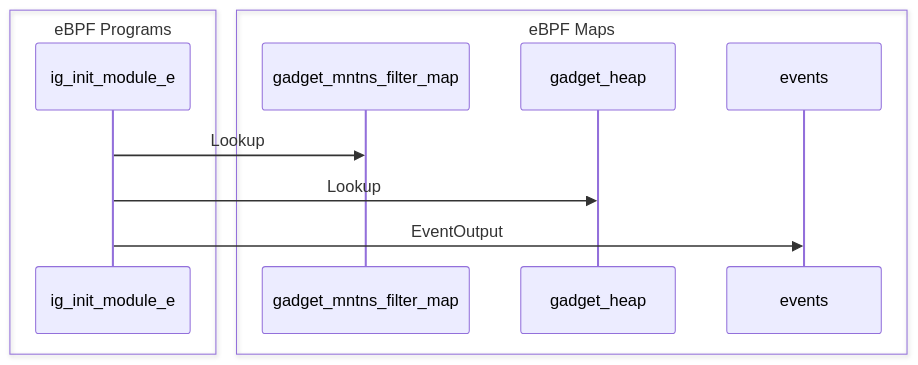
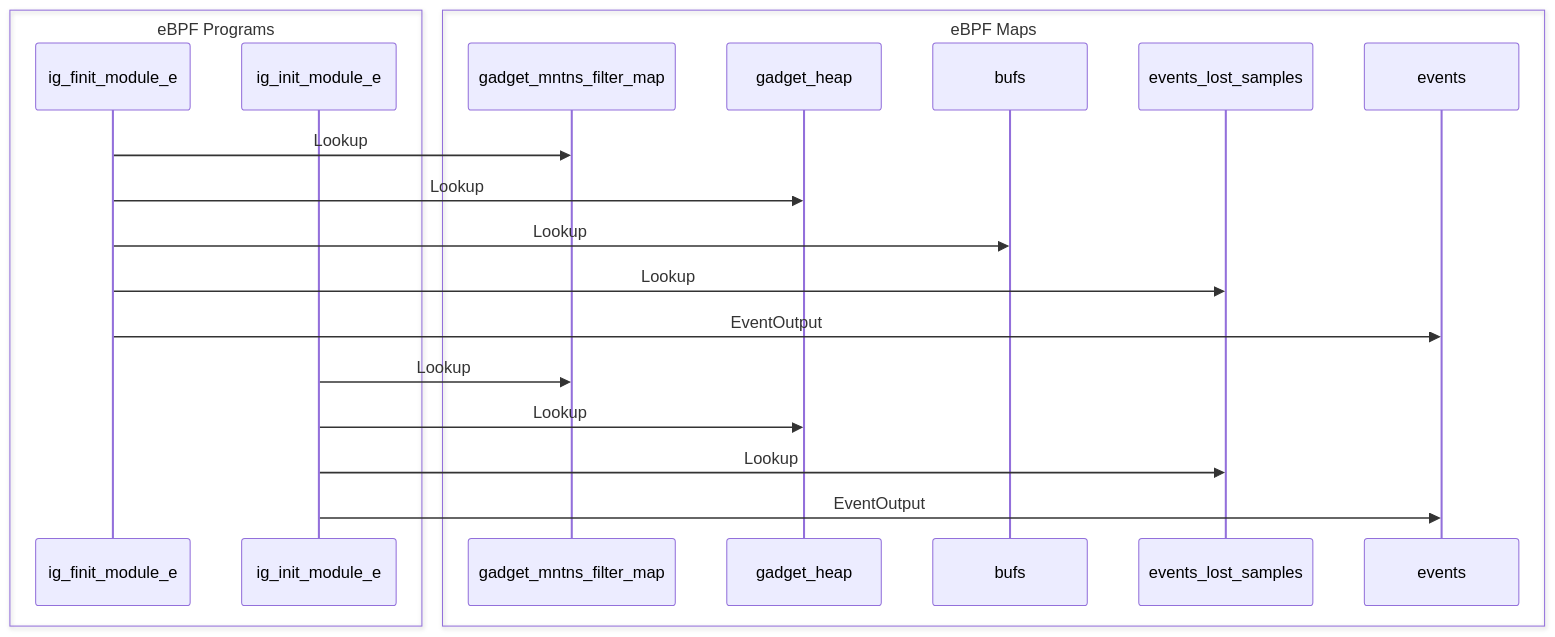
One commit to inspektor-gadget/inspektor-gadget changed the second of 2 diagrams in gadgets/trace_init_module/dev.md. Above: the diagram before and after it, drawn with Mermaid. The commit also changed other lines of this file and 5 other files, not shown here.

First line of the commit message:
gadgets: extend `trace_init_module` with finit_module syscall support (#5440)

````diff
--- a/gadgets/trace_init_module/dev.md
+++ b/gadgets/trace_init_module/dev.md
@@ -24,14 +33,23 @@
 ```mermaid
 sequenceDiagram
 box eBPF Programs
+participant ig_finit_module_e
 participant ig_init_module_e
 end
 box eBPF Maps
 participant gadget_mntns_filter_map
 participant gadget_heap
+participant bufs
+participant events_lost_samples
 participant events
 end
+ig_finit_module_e->>gadget_mntns_filter_map: Lookup
+ig_finit_module_e->>gadget_heap: Lookup
+ig_finit_module_e->>bufs: Lookup
+ig_finit_module_e->>events_lost_samples: Lookup
+ig_finit_module_e->>events: EventOutput
 ig_init_module_e->>gadget_mntns_filter_map: Lookup
 ig_init_module_e->>gadget_heap: Lookup
+ig_init_module_e->>events_lost_samples: Lookup
 ig_init_module_e->>events: EventOutput
 ```
````
